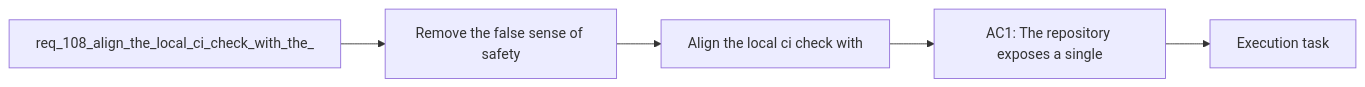
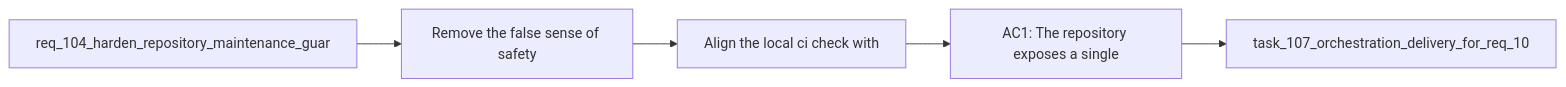
One commit to AlexAgo83/logics-manager changed the diagram in logics/backlog/item_195_align_the_local_ci_check_with_the_full_repository_ci_contract.md. Above: the diagram before and after it, drawn with Mermaid. The commit also changed other lines of this file and 481 other files, not shown here.

````diff
--- a/logics/backlog/item_195_align_the_local_ci_check_with_the_full_repository_ci_contract.md
+++ b/logics/backlog/item_195_align_the_local_ci_check_with_the_full_repository_ci_contract.md
@@ -23,9 +23,9 @@
 ```mermaid
 %% logics-kind: backlog
 %% logics-signature: backlog|align-the-local-ci-check-with-the-full-r|req-104-harden-repository-maintenance-gu|remove-the-false-sense-of-safety|ac1-the-repository-exposes-a-single
 flowchart LR
-    Request[req_108_align_the_local_ci_check_with_the_] --> Problem[Remove the false sense of safety]
+    Request[req_104_harden_repository_maintenance_guar] --> Problem[Remove the false sense of safety]
     Problem --> Scope[Align the local ci check with]
     Scope --> Acceptance[AC1: The repository exposes a single]
-    Acceptance --> Tasks[Execution task]
+    Acceptance --> Tasks[task_107_orchestration_delivery_for_req_10]
 ```
````
